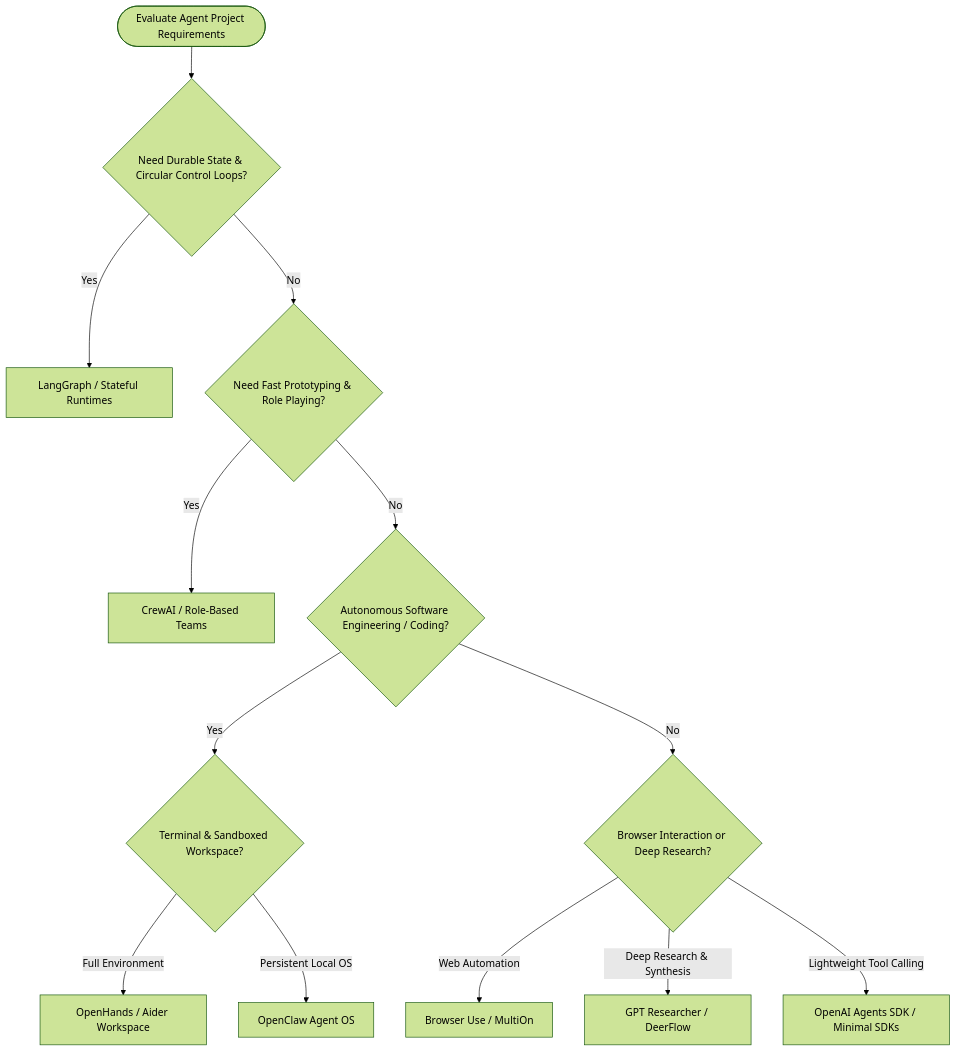
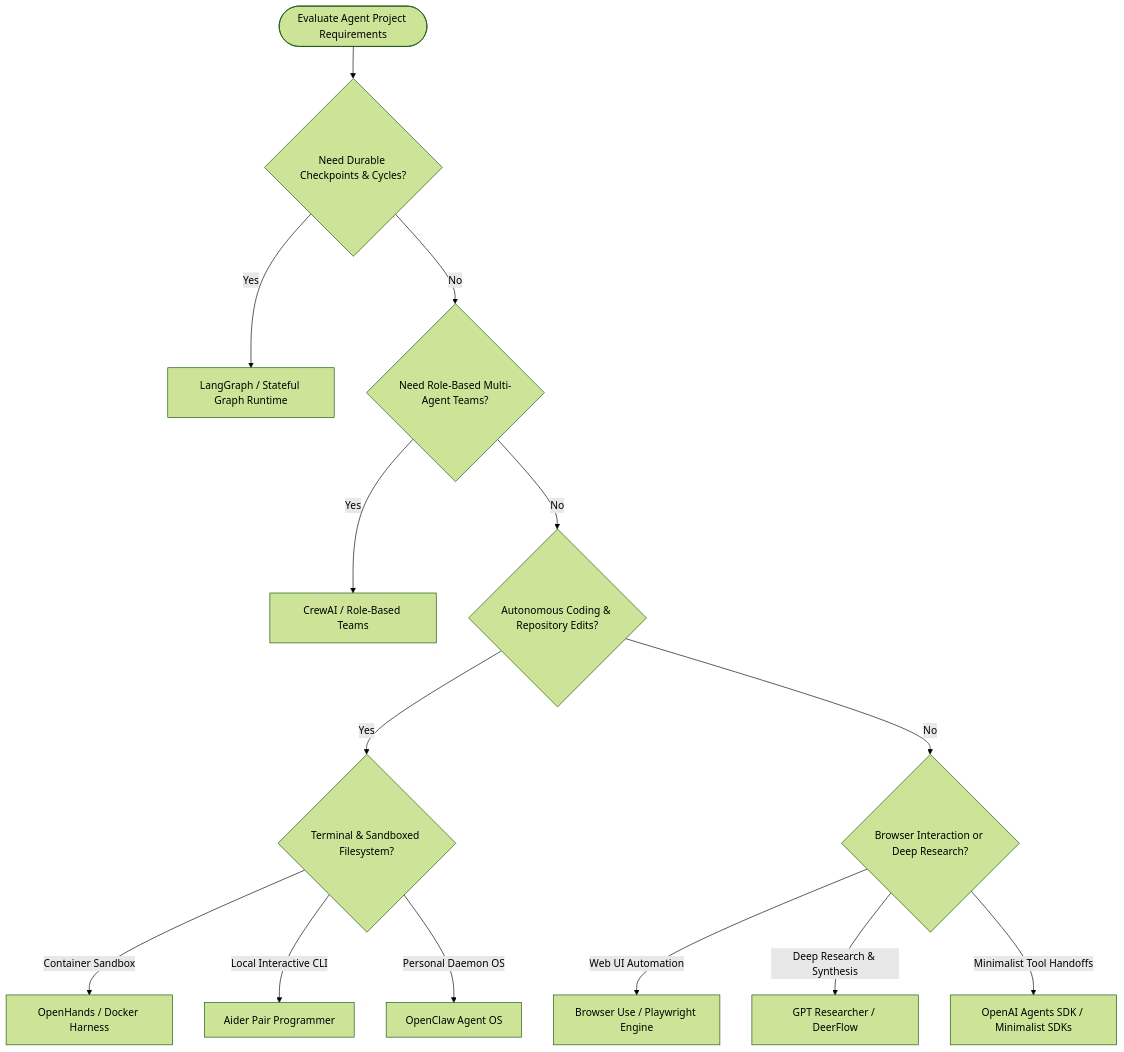
Before and after one commit to joanmarcriera/Home-office-automations: the first of 2 diagrams in docs/knowledge_base/agent_framework_learning_map.md, drawn with Mermaid (forest theme). The commit also changed other lines of this file and 5 other files, not shown here.

````diff
--- a/docs/knowledge_base/agent_framework_learning_map.md
+++ b/docs/knowledge_base/agent_framework_learning_map.md
@@ -19,18 +53,19 @@
 ```mermaid
 flowchart TD
-    Start([Evaluate Agent Project Requirements]) --> Q1{Need Durable State & Circular Control Loops?}
-    Q1 -- Yes --> LangGraph[LangGraph / Stateful Runtimes]
-    Q1 -- No --> Q2{Need Fast Prototyping & Role Playing?}
+    Start([Evaluate Agent Project Requirements]) --> Q1{Need Durable Checkpoints & Cycles?}
+    Q1 -- Yes --> LangGraph[LangGraph / Stateful Graph Runtime]
+    Q1 -- No --> Q2{Need Role-Based Multi-Agent Teams?}
 
     Q2 -- Yes --> CrewAI[CrewAI / Role-Based Teams]
-    Q2 -- No --> Q3{Autonomous Software Engineering / Coding?}
+    Q2 -- No --> Q3{Autonomous Coding & Repository Edits?}
 
-    Q3 -- Yes --> Q3_1{Terminal & Sandboxed Workspace?}
-    Q3_1 -- Full Environment --> OpenHands[OpenHands / Aider Workspace]
-    Q3_1 -- Persistent Local OS --> OpenClaw[OpenClaw Agent OS]
+    Q3 -- Yes --> Q3_1{Terminal & Sandboxed Filesystem?}
+    Q3_1 -- Container Sandbox --> OpenHands[OpenHands / Docker Harness]
+    Q3_1 -- Local Interactive CLI --> Aider[Aider Pair Programmer]
+    Q3_1 -- Personal Daemon OS --> OpenClaw[OpenClaw Agent OS]
 
     Q3 -- No --> Q4{Browser Interaction or Deep Research?}
-    Q4 -- Web Automation --> BrowserUse[Browser Use / MultiOn]
+    Q4 -- Web UI Automation --> BrowserUse[Browser Use / Playwright Engine]
     Q4 -- Deep Research & Synthesis --> GPTResearch[GPT Researcher / DeerFlow]
-    Q4 -- Lightweight Tool Calling --> OpenAISDK[OpenAI Agents SDK / Minimal SDKs]
+    Q4 -- Minimalist Tool Handoffs --> OpenAISDK[OpenAI Agents SDK / Minimalist SDKs]
 ```
````
